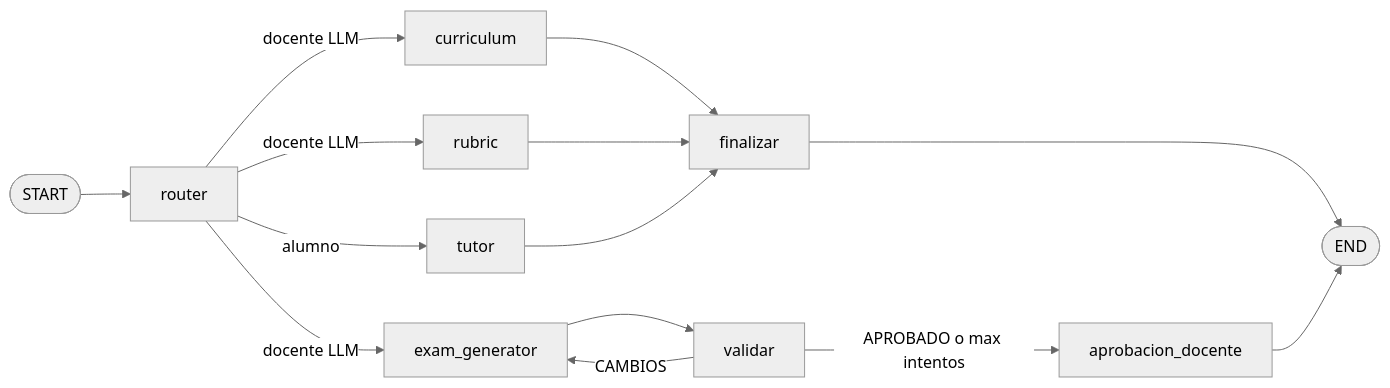
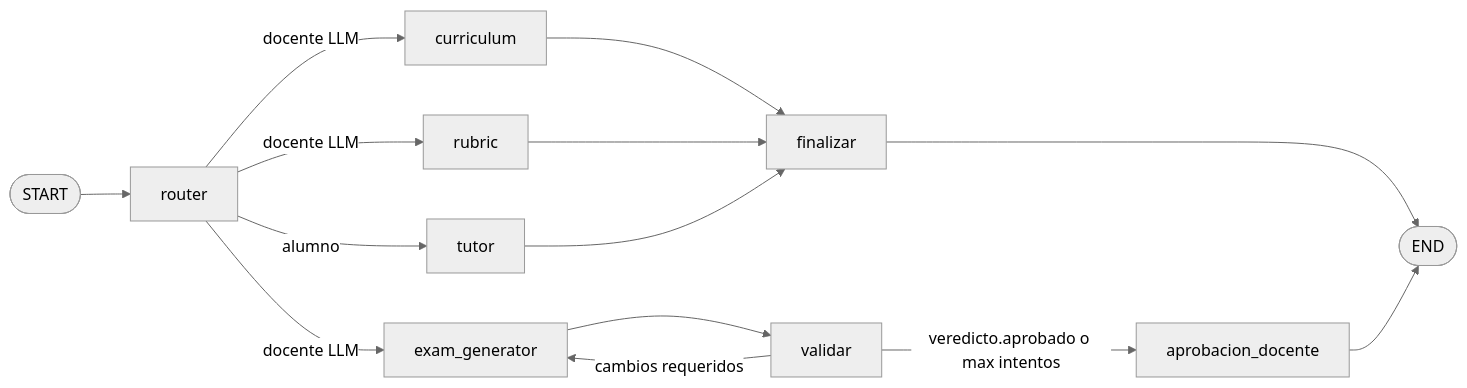
The first of 4 diagrams in docs/c4/04-codigo.md (DavidLeonP/Orquestacion-Agentes), drawn with Mermaid (neutral theme) before and after one commit. The commit also changed other lines of this file and 9 other files, not shown here.

First line of the commit message:
Update docs: JWT API, Streamlit UI, MySQL KB architecture

````diff
--- a/docs/c4/04-codigo.md
+++ b/docs/c4/04-codigo.md
@@ -7,16 +7,16 @@
 ```mermaid
 flowchart LR
     START([START]) --> router
     router -->|alumno| tutor
     router -->|docente LLM| curriculum
     router -->|docente LLM| exam_generator
     router -->|docente LLM| rubric
     curriculum --> finalizar
     rubric --> finalizar
     tutor --> finalizar
     exam_generator --> validar
-    validar -->|APROBADO o max intentos| aprobacion_docente
-    validar -->|CAMBIOS| exam_generator
+    validar -->|veredicto.aprobado o max intentos| aprobacion_docente
+    validar -->|cambios requeridos| exam_generator
     finalizar --> END([END])
     aprobacion_docente --> END
 ```
````
